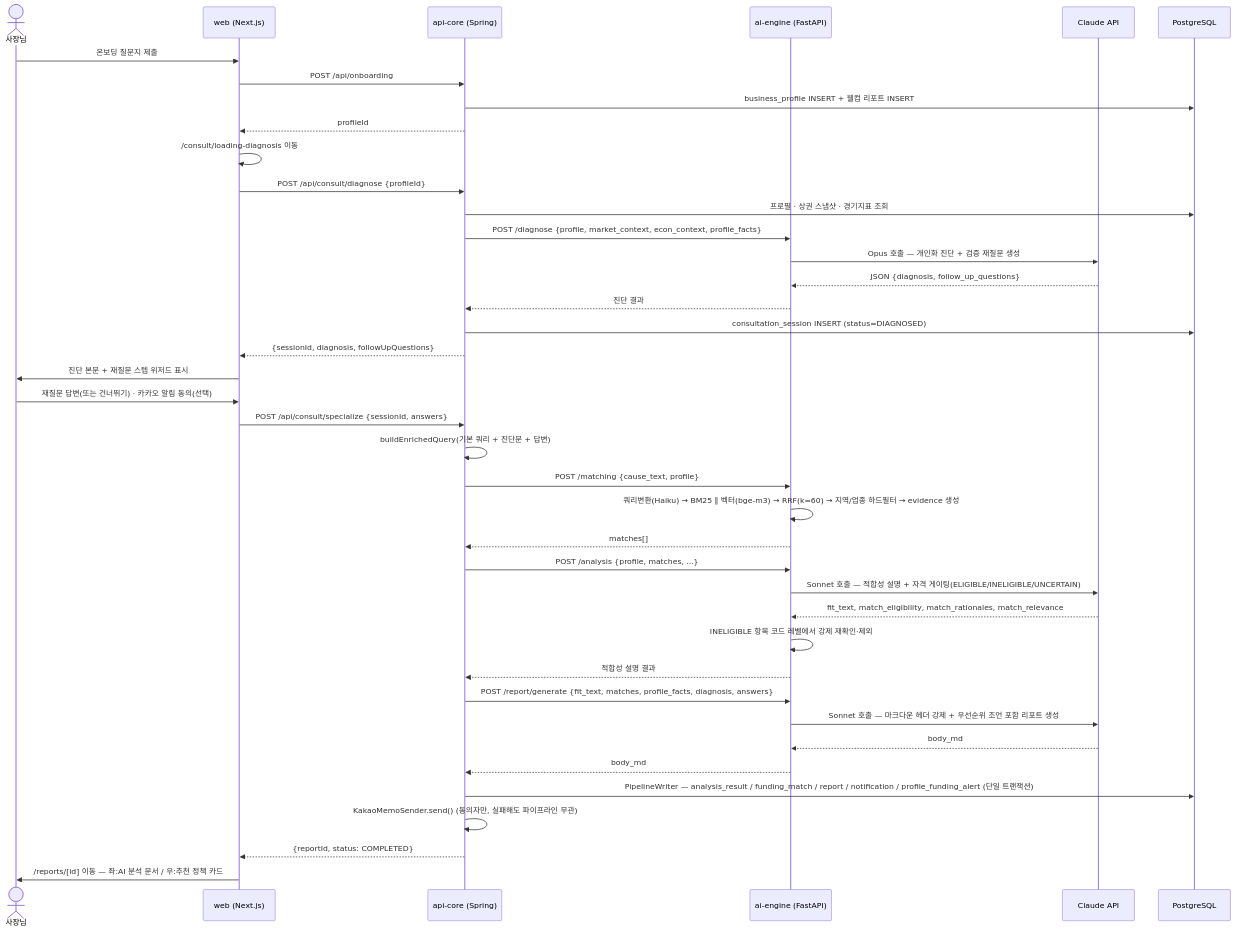
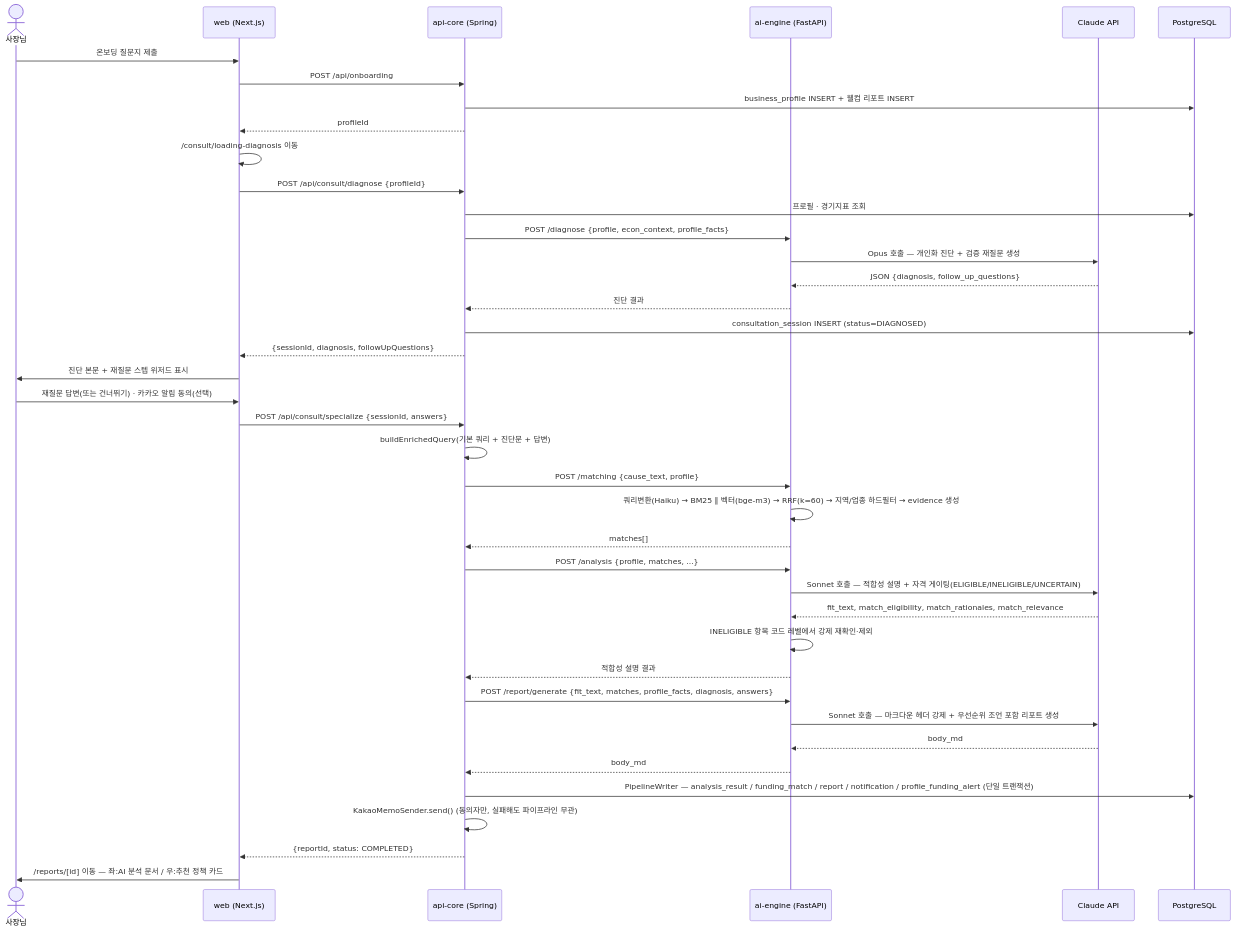
The second of 4 diagrams in doc/2026-07-28/competition_submission_architecture_2026-07-28.md (KB-AI-Challenge-Just-it/opro), drawn with Mermaid before and after one commit. The commit also changed other lines of this file and 3 other files, not shown here.

````diff
--- a/doc/2026-07-28/competition_submission_architecture_2026-07-28.md
+++ b/doc/2026-07-28/competition_submission_architecture_2026-07-28.md
@@ -190,45 +188,45 @@
 ```mermaid
 sequenceDiagram
     actor U as 사장님
     participant W as web (Next.js)
     participant S as api-core (Spring)
     participant A as ai-engine (FastAPI)
     participant C as Claude API
     participant DB as PostgreSQL
 
     U->>W: 온보딩 질문지 제출
     W->>S: POST /api/onboarding
     S->>DB: business_profile INSERT + 웰컴 리포트 INSERT
     S-->>W: profileId
     W->>W: /consult/loading-diagnosis 이동
 
     W->>S: POST /api/consult/diagnose {profileId}
-    S->>DB: 프로필 · 상권 스냅샷 · 경기지표 조회
-    S->>A: POST /diagnose {profile, market_context, econ_context, profile_facts}
+    S->>DB: 프로필 · 경기지표 조회
+    S->>A: POST /diagnose {profile, econ_context, profile_facts}
     A->>C: Opus 호출 — 개인화 진단 + 검증 재질문 생성
     C-->>A: JSON {diagnosis, follow_up_questions}
     A-->>S: 진단 결과
     S->>DB: consultation_session INSERT (status=DIAGNOSED)
     S-->>W: {sessionId, diagnosis, followUpQuestions}
     W->>U: 진단 본문 + 재질문 스텝 위저드 표시
 
     U->>W: 재질문 답변(또는 건너뛰기) · 카카오 알림 동의(선택)
     W->>S: POST /api/consult/specialize {sessionId, answers}
     S->>S: buildEnrichedQuery(기본 쿼리 + 진단문 + 답변)
     S->>A: POST /matching {cause_text, profile}
     A->>A: 쿼리변환(Haiku) → BM25 ∥ 벡터(bge-m3) → RRF(k=60) → 지역/업종 하드필터 → evidence 생성
     A-->>S: matches[]
     S->>A: POST /analysis {profile, matches, ...}
     A->>C: Sonnet 호출 — 적합성 설명 + 자격 게이팅(ELIGIBLE/INELIGIBLE/UNCERTAIN)
     C-->>A: fit_text, match_eligibility, match_rationales, match_relevance
     A->>A: INELIGIBLE 항목 코드 레벨에서 강제 재확인·제외
     A-->>S: 적합성 설명 결과
     S->>A: POST /report/generate {fit_text, matches, profile_facts, diagnosis, answers}
     A->>C: Sonnet 호출 — 마크다운 헤더 강제 + 우선순위 조언 포함 리포트 생성
     C-->>A: body_md
     A-->>S: body_md
     S->>DB: PipelineWriter — analysis_result / funding_match / report / notification / profile_funding_alert (단일 트랜잭션)
     S->>S: KakaoMemoSender.send() (동의자만, 실패해도 파이프라인 무관)
     S-->>W: {reportId, status: COMPLETED}
     W->>U: /reports/[id] 이동 — 좌:AI 분석 문서 / 우:추천 정책 카드
 ```
````
